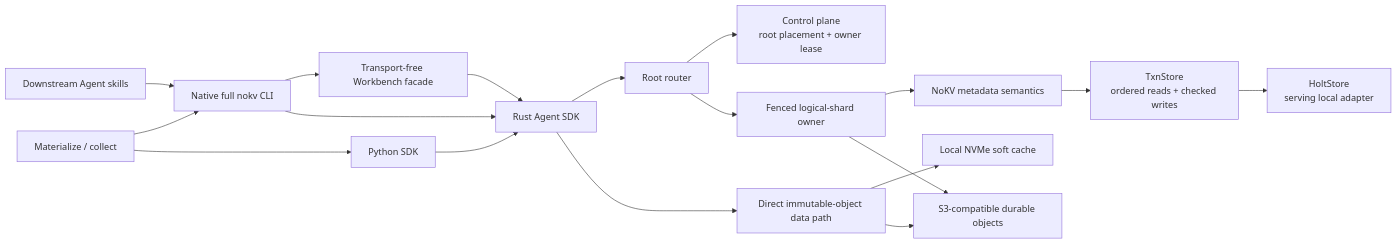
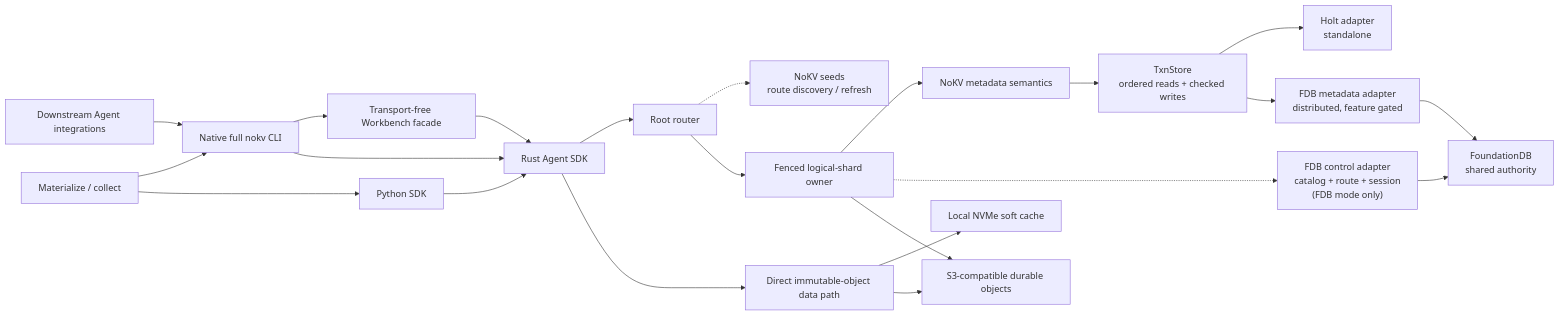
The first of 5 diagrams in docs/architecture.md (NoKV-Lab/NoKV), drawn with Mermaid before and after one commit. The commit also changed other lines of this file, not shown here.

Commit message:
docs: show dual metadata runtime architecture

````diff
--- a/docs/architecture.md
+++ b/docs/architecture.md
@@ -12,23 +12,27 @@
 ```mermaid
 flowchart LR
-    Skills["Downstream Agent skills"] --> CLI["Native full nokv CLI"]
+    Integrations["Downstream Agent integrations"] --> CLI["Native full nokv CLI"]
     CLI --> Agent["Transport-free Workbench facade"]
     Agent --> SDK["Rust Agent SDK"]
     CLI --> SDK
     Python["Python SDK"] --> SDK
     Local["Materialize / collect"] --> CLI
     Local --> Python
 
     SDK --> Router["Root router"]
-    Router --> Control["Control plane<br/>root placement + owner lease"]
+    Router -.-> Seed["NoKV seeds<br/>route discovery / refresh"]
     Router --> Owner["Fenced logical-shard owner"]
 
     Owner --> Meta["NoKV metadata semantics"]
     Meta --> Store["TxnStore<br/>ordered reads + checked writes"]
-    Store --> Holt["HoltStore<br/>serving local adapter"]
+    Store --> Holt["Holt adapter<br/>standalone"]
+    Store --> FdbMeta["FDB metadata adapter<br/>distributed, feature gated"]
+    Owner -.-> FdbControl["FDB control adapter<br/>catalog + route + session<br/>(FDB mode only)"]
+    FdbMeta --> FDB["FoundationDB<br/>shared authority"]
+    FdbControl --> FDB
 
     SDK --> Data["Direct immutable-object data path"]
     Data --> Cache["Local NVMe soft cache"]
     Data --> Object["S3-compatible durable objects"]
     Owner --> Object
 ```
````
